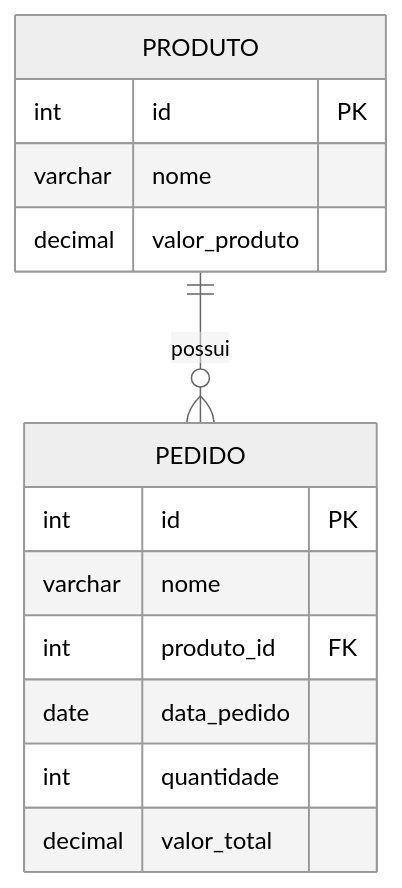
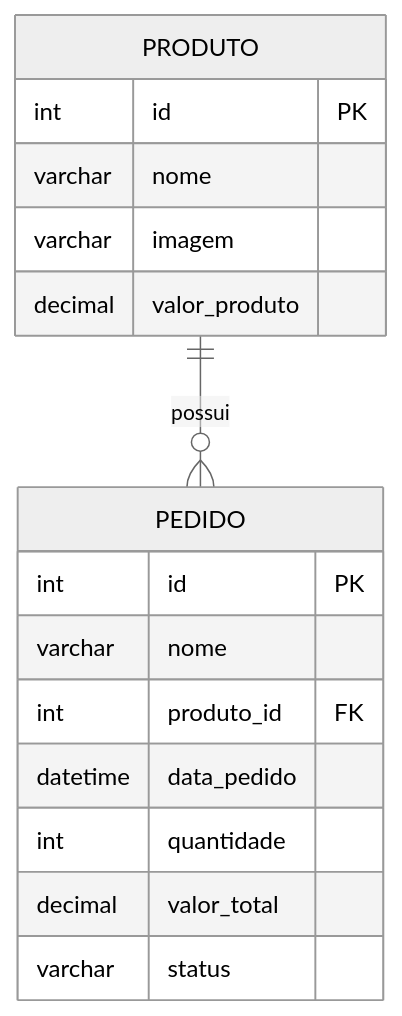
The diagram in confs-mysql/DER.md (sarahmds/ICS-LINUX), drawn with Mermaid (neutral theme) before and after one commit. The commit also changed other lines of this file and 28 other files, not shown here.

````diff
--- a/confs-mysql/DER.md
+++ b/confs-mysql/DER.md
@@ -3,19 +3,21 @@
 ```mermaid
 erDiagram
     PRODUTO ||--o{ PEDIDO : "possui"
 
     PRODUTO {
         int id PK
         varchar nome
+        varchar imagem
         decimal valor_produto
     }
 
     PEDIDO {
         int id PK
         varchar nome
         int produto_id FK
-        date data_pedido
+        datetime data_pedido
         int quantidade
         decimal valor_total
+        varchar status
     }
 ```
````
